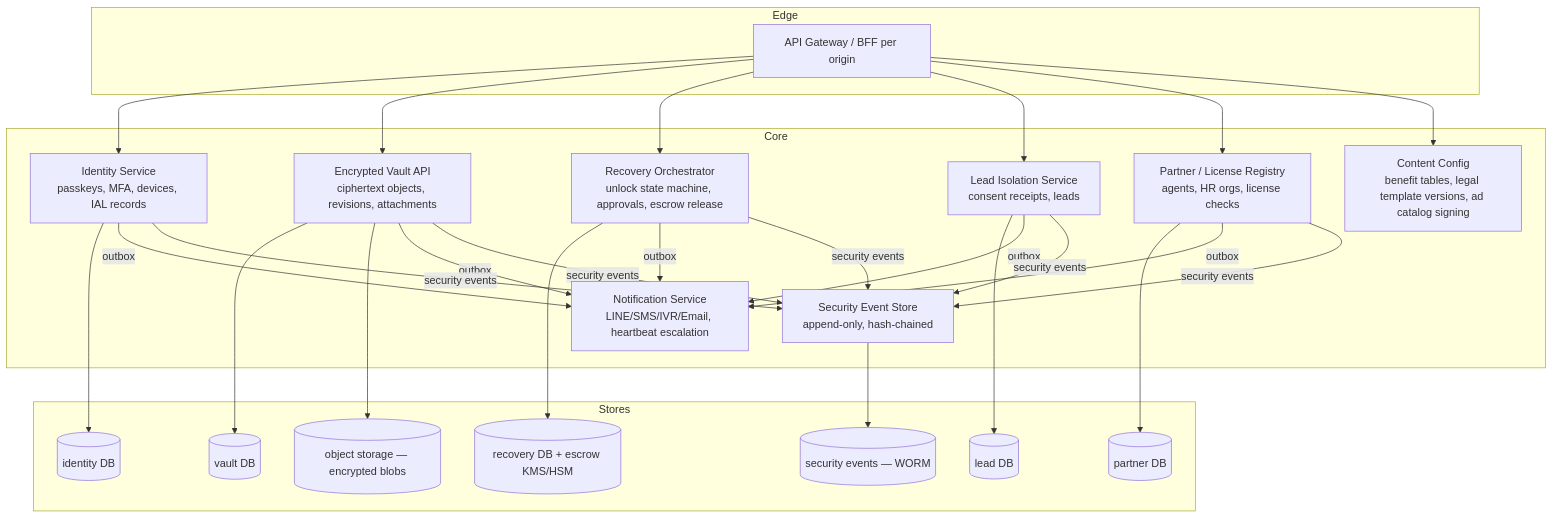
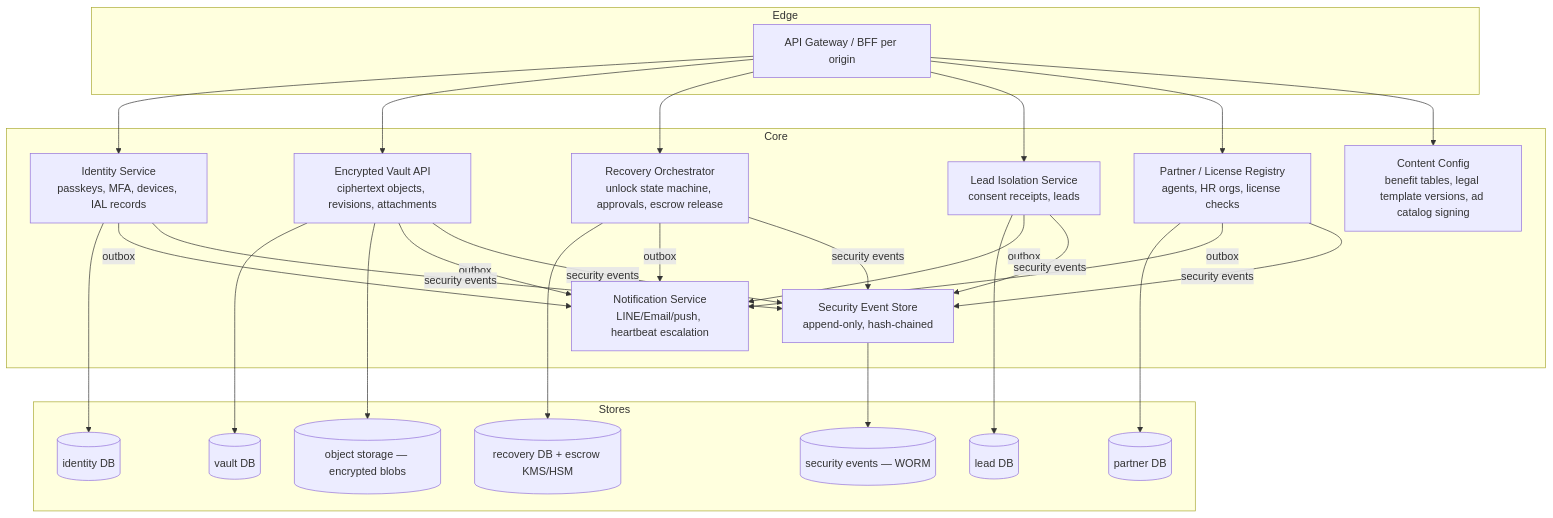
One commit to naiiytom/jadwai-app changed the second of 5 diagrams in docs/ARCHITECTURE.md. Above: the diagram before and after it, drawn with Mermaid. The commit also changed other lines of this file and 11 other files, not shown here.

````diff
--- a/docs/ARCHITECTURE.md
+++ b/docs/ARCHITECTURE.md
@@ -81,33 +81,33 @@
 ```mermaid
 flowchart TB
   subgraph Edge
     GW[API Gateway / BFF per origin]
   end
   subgraph Core
     ID[Identity Service<br/>passkeys, MFA, devices, IAL records]
     VA[Encrypted Vault API<br/>ciphertext objects, revisions, attachments]
     RO[Recovery Orchestrator<br/>unlock state machine, approvals, escrow release]
-    NS[Notification Service<br/>LINE/SMS/IVR/Email, heartbeat escalation]
+    NS[Notification Service<br/>LINE/Email/push, heartbeat escalation]
     LI[Lead Isolation Service<br/>consent receipts, leads]
     PR[Partner / License Registry<br/>agents, HR orgs, license checks]
     SE[Security Event Store<br/>append-only, hash-chained]
     CFG[Content Config<br/>benefit tables, legal template versions, ad catalog signing]
   end
   subgraph Stores
     DBV[(vault DB)]
     DBI[(identity DB)]
     DBR[(recovery DB + escrow KMS/HSM)]
     DBL[(lead DB)]
     DBP[(partner DB)]
     DBS[(security events — WORM)]
     OBJ[(object storage — encrypted blobs)]
   end
   GW --> ID & VA & RO & LI & PR & CFG
   VA --> DBV & OBJ
   ID --> DBI
   RO --> DBR
   LI --> DBL
   PR --> DBP
   ID & VA & RO & LI & PR -- outbox --> NS
   ID & VA & RO & LI & PR -- security events --> SE --> DBS
 ```
````
